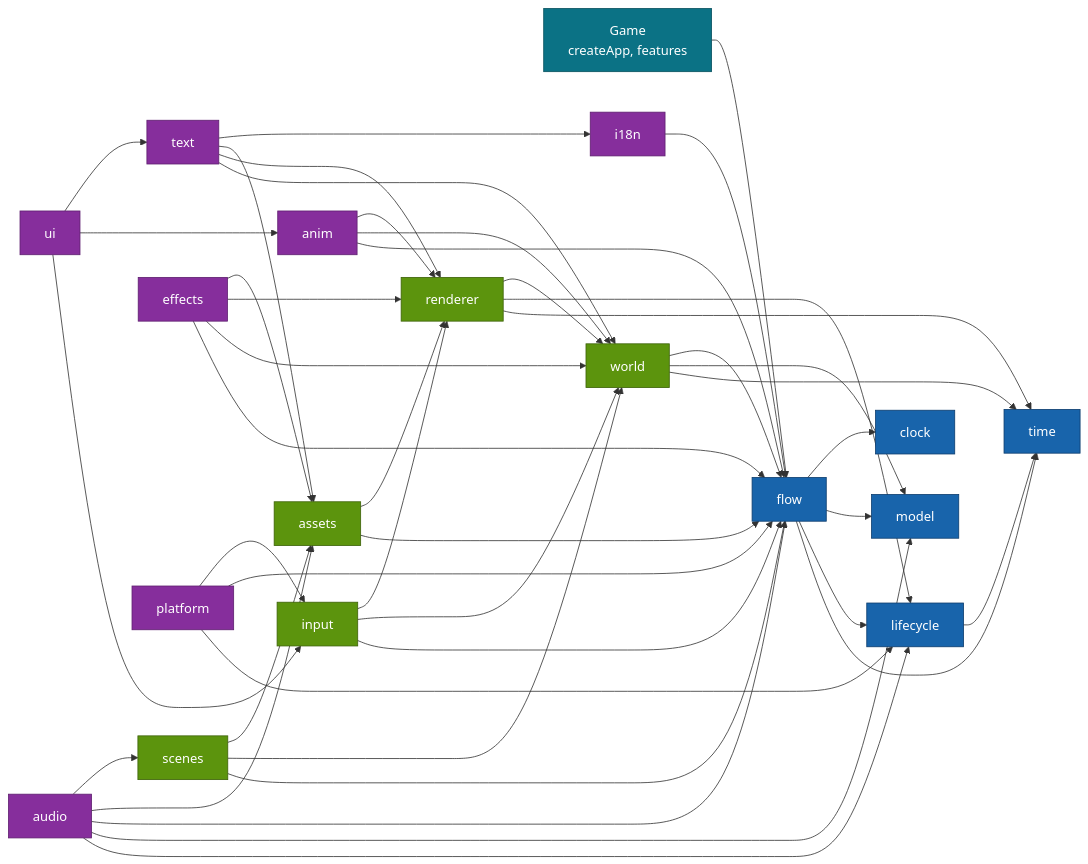
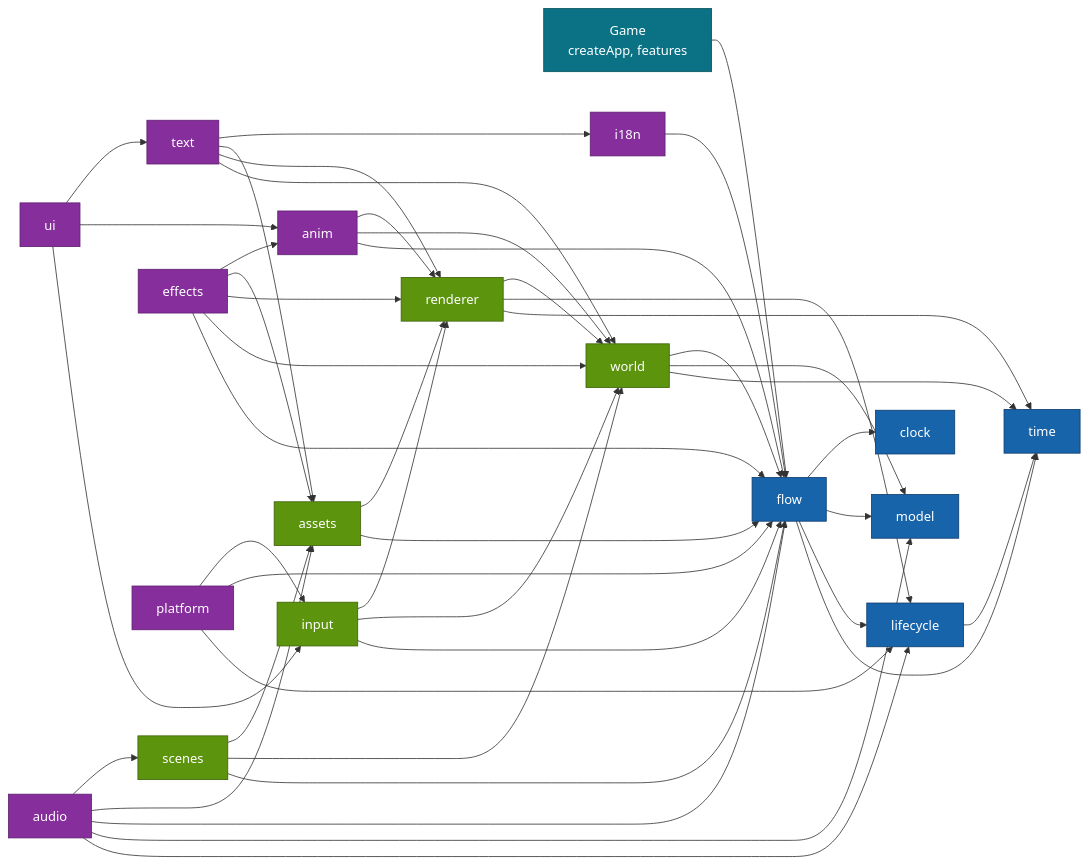
The second of 2 diagrams in README.md (moku-labs/game), drawn with Mermaid before and after one commit. The commit also changed other lines of this file, not shown here.

````diff
--- a/README.md
+++ b/README.md
@@ -252,54 +252,55 @@
 ```mermaid
 flowchart LR
   G["Game<br/>createApp, features"] --> F["flow"]
   F --> T["time"]
   F --> L["lifecycle"]
   F --> M["model"]
   F --> C["clock"]
   L --> T
   W["world"] --> T
   W --> M
   W --> F
   R["renderer"] --> T
   R --> L
   R --> W
   I["input"] --> F
   I --> W
   I --> R
   A["assets"] --> F
   A --> R
   S["scenes"] --> F
   S --> W
   S --> A
   AN["anim"] --> F
   AN --> W
   AN --> R
   N["i18n"] --> F
   X["text"] --> W
   X --> R
   X --> A
   X --> N
   U["ui"] --> I
   U --> AN
   U --> X
   AU["audio"] --> L
   AU --> M
   AU --> F
   AU --> A
   AU --> S
   EF["effects"] --> F
   EF --> W
   EF --> R
   EF --> A
+  EF --> AN
   PL["platform"] --> L
   PL --> F
   PL --> I
   classDef u fill:#0b7285,stroke:#08525f,color:#fff;
   classDef m fill:#1864ab,stroke:#0d3d6e,color:#fff;
   classDef s fill:#5c940d,stroke:#3d6208,color:#fff;
   classDef v fill:#862e9c,stroke:#5f1f70,color:#fff;
   class G u
   class F,T,L,M,C m
   class W,R,I,A,S s
   class AN,N,X,U,AU,EF,PL v
 ```
````
